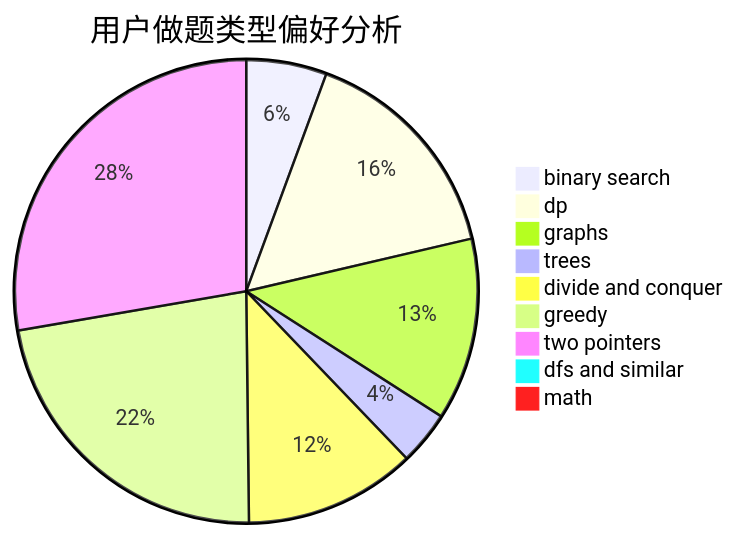
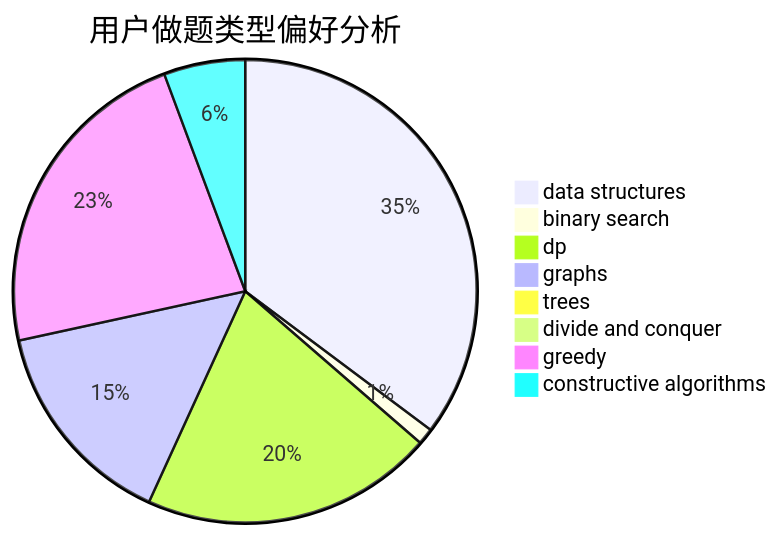
Before and after one commit to sherpahu/cfrs.github.io: the second of 3 diagrams in docs/user/u947.md, drawn with Mermaid. The commit also changed other lines of this file and 2775 other files, not shown here.

````diff
--- a/docs/user/u947.md
+++ b/docs/user/u947.md
@@ -23,12 +23,11 @@
 ```mermaid
 pie title 用户做题类型偏好分析
-    "binary search" :  15
-    "dp" :  42
-    "graphs" :  34
-    "trees" :  10
-    "divide and conquer" :  32
-    "greedy" :  60
-    "two pointers" :  74
-    "dfs and similar" :  0
-    "math" :  0
+    "data structures" :  31
+    "binary search" :  1
+    "dp" :  18
+    "graphs" :  13
+    "trees" :  0
+    "divide and conquer" :  0
+    "greedy" :  20
+    "constructive algorithms" :  5
 ```
````
